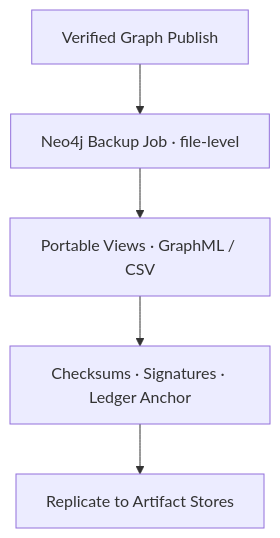
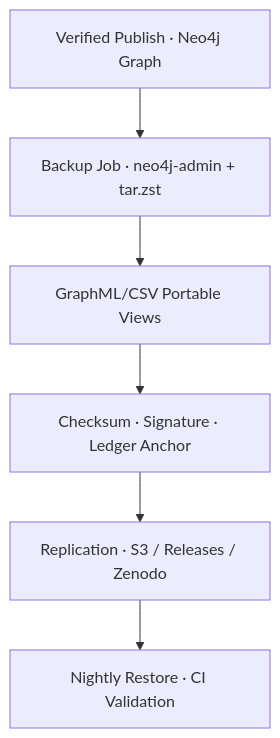
Before and after one commit to bartytime4life/Kansas-Frontier-Matrix: the diagram in data/work/staging/tabular/normalized/treaties/metadata/ai/graph/snapshots/README.md, drawn with Mermaid. The commit also changed other lines of this file, not shown here.

`````diff
--- a/data/work/staging/tabular/normalized/treaties/metadata/ai/graph/snapshots/README.md
+++ b/data/work/staging/tabular/normalized/treaties/metadata/ai/graph/snapshots/README.md
@@ -92,7 +97,8 @@
 ```mermaid
 flowchart TD
-A["Verified Graph Publish"] --> B["Neo4j Backup Job · file-level"]
-B --> C["Portable Views · GraphML / CSV"]
-C --> D["Checksums · Signatures · Ledger Anchor"]
-D --> E["Replicate to Artifact Stores"]
+A["Verified Publish · Neo4j Graph"] --> B["Backup Job · neo4j-admin + tar.zst"]
+B --> C["GraphML/CSV Portable Views"]
+C --> D["Checksum · Signature · Ledger Anchor"]
+D --> E["Replication · S3 / Releases / Zenodo"]
+E --> F["Nightly Restore · CI Validation"]
 ````
`````
